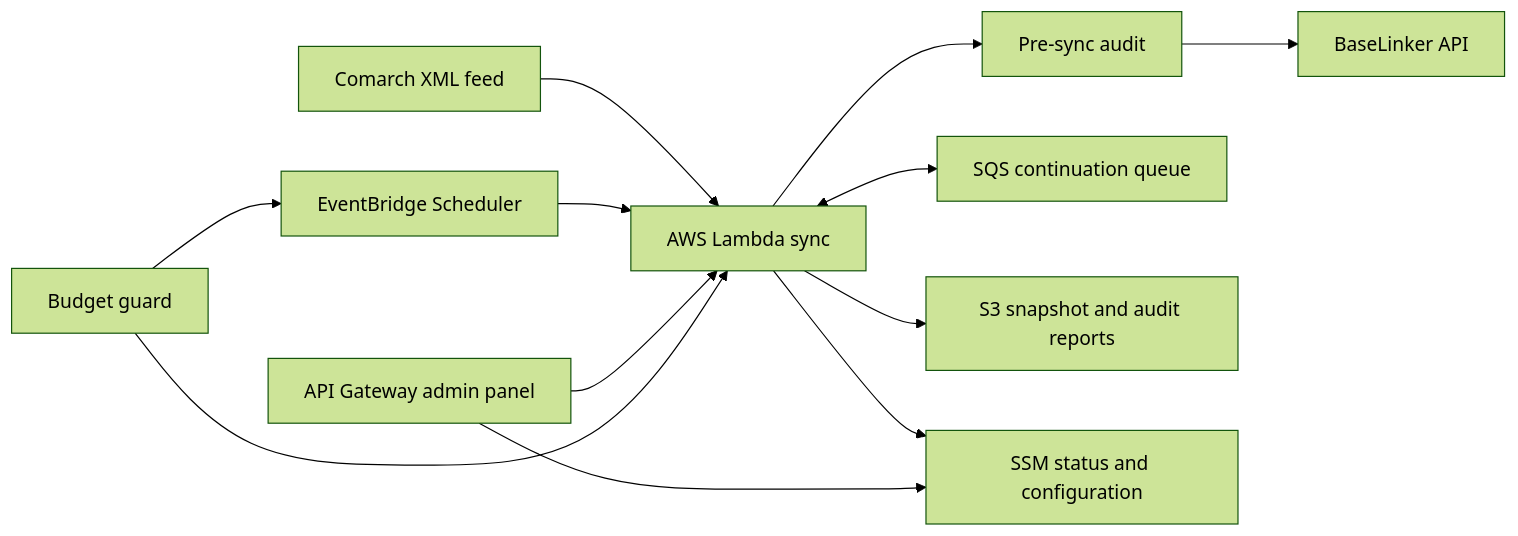
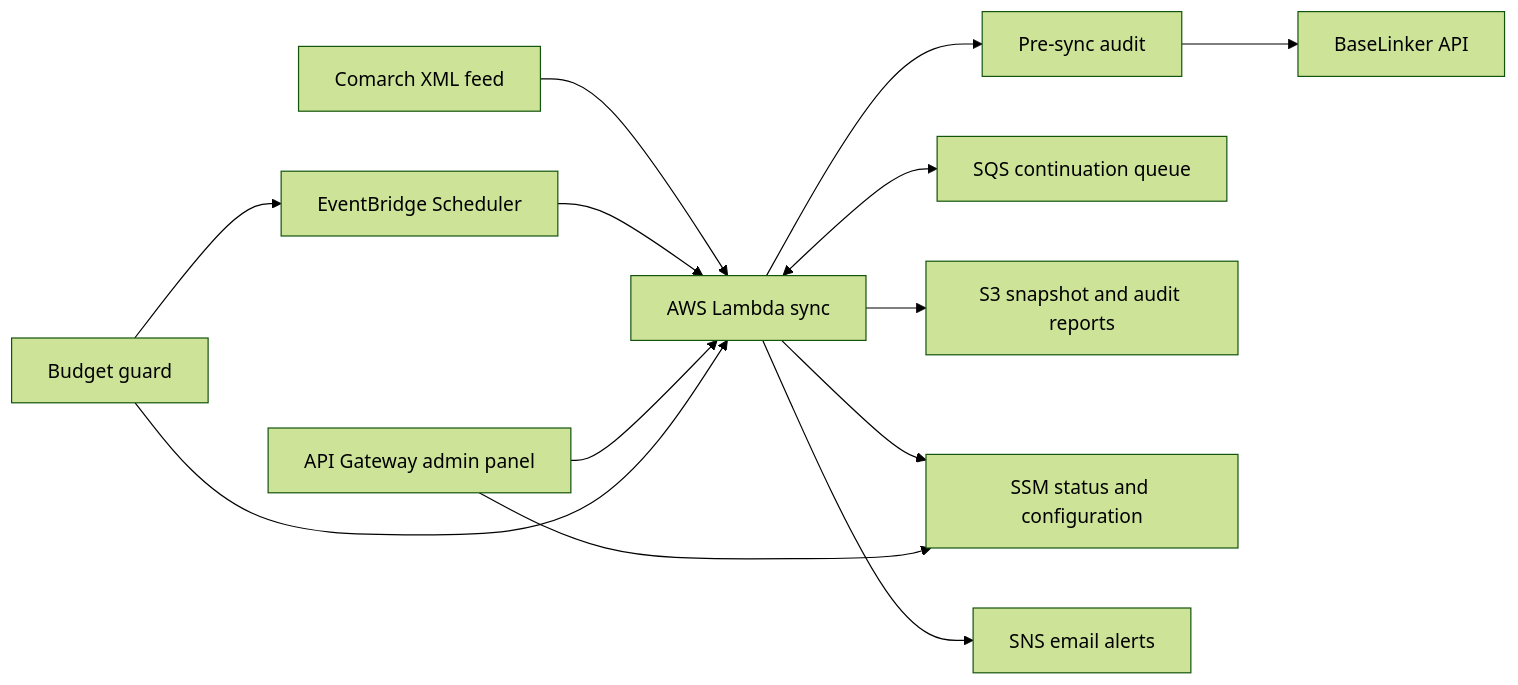
One commit to whatsney/comarch-baselinker-sync changed the diagram in README.md. Above: the diagram before and after it, drawn with Mermaid (forest theme). The commit also changed other lines of this file and 4 other files, not shown here.

Commit message:
Add post-sync audit email alerts

````diff
--- a/README.md
+++ b/README.md
@@ -27,14 +29,15 @@
 ```mermaid
 flowchart LR
   C[Comarch XML feed] --> L[AWS Lambda sync]
   L --> A[Pre-sync audit]
   A --> B[BaseLinker API]
   L <--> Q[SQS continuation queue]
   L --> S3[S3 snapshot and audit reports]
   L --> SSM[SSM status and configuration]
+  L --> N[SNS email alerts]
   E[EventBridge Scheduler] --> L
   UI[API Gateway admin panel] --> L
   UI --> SSM
   BG[Budget guard] --> L
   BG --> E
 ```
````
